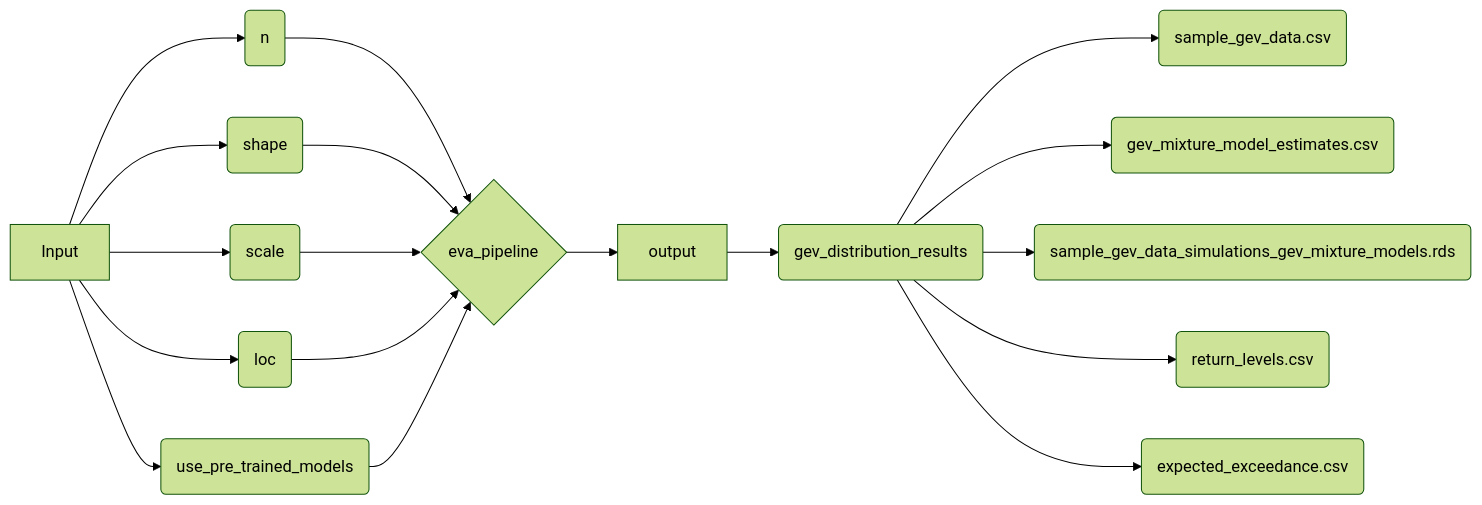
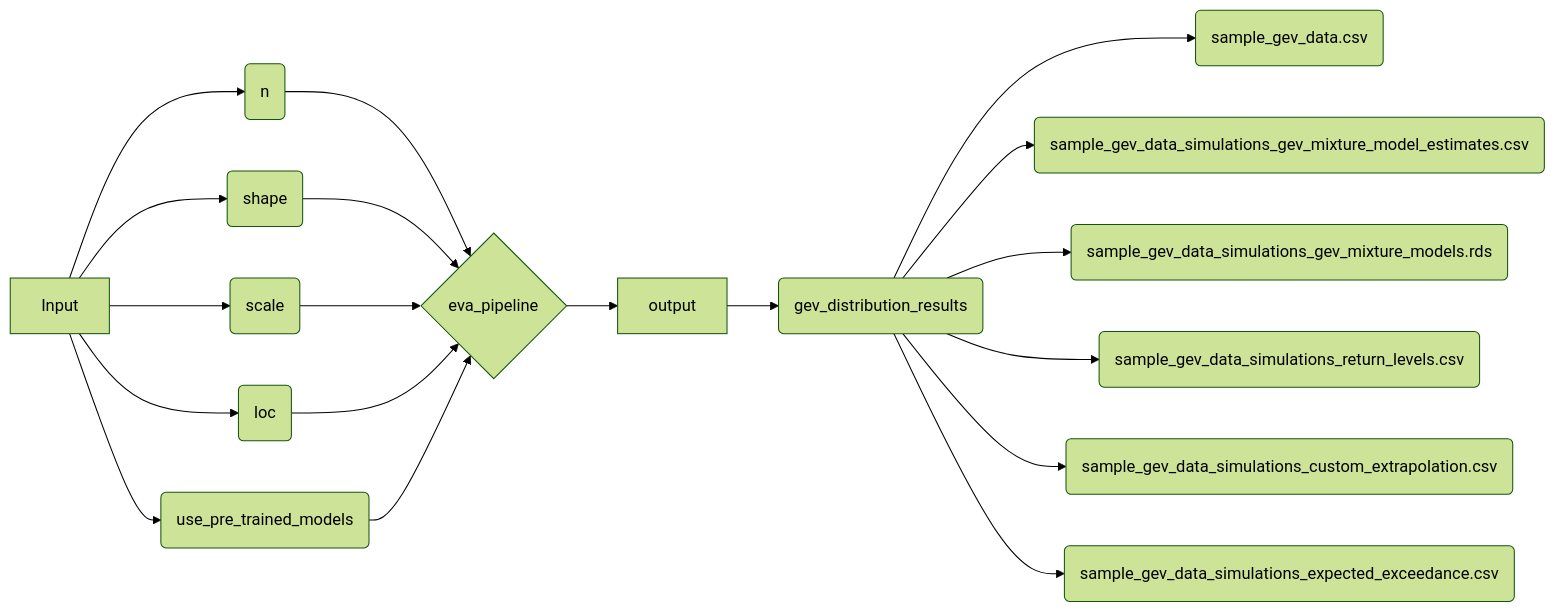
The sixth of 7 diagrams in model-operations.qmd (pdkengne/evops_manual), drawn with Mermaid (forest theme) before and after one commit. The commit also changed other lines of this file and 2 other files, not shown here.

Commit message:
add output for return levels from all component gev laws in the geometric mixture model

````diff
--- a/model-operations.qmd
+++ b/model-operations.qmd
@@ -265,20 +276,21 @@
 ```{mermaid}
 flowchart LR
   I[Input] --> A(n)
   I[Input] --> B1(shape)
   I[Input] --> B2(scale)
   I[Input] --> B3(loc)
   I[Input] --> C1(use_pre_trained_models)
   A --> D{eva_pipeline}
   B1 --> D
   B2 --> D
   B3 --> D
   C1 --> D
   D --> O[output]
   O --> E(gev_distribution_results)
   E --> E1(sample_gev_data.csv)
-  E --> E2(gev_mixture_model_estimates.csv)
+  E --> E2(sample_gev_data_simulations_gev_mixture_model_estimates.csv)
   E --> E5(sample_gev_data_simulations_gev_mixture_models.rds)
-  E --> E3(return_levels.csv)
-  E --> E4(expected_exceedance.csv)
+  E --> E3(sample_gev_data_simulations_return_levels.csv)
+  E --> E6(sample_gev_data_simulations_custom_extrapolation.csv)
+  E --> E4(sample_gev_data_simulations_expected_exceedance.csv)
 ```
````
